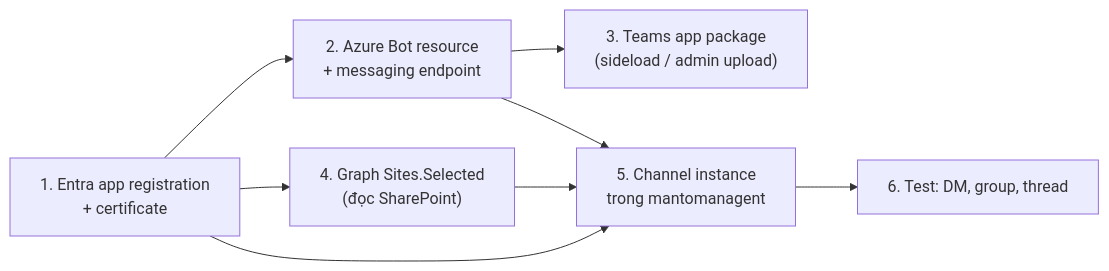
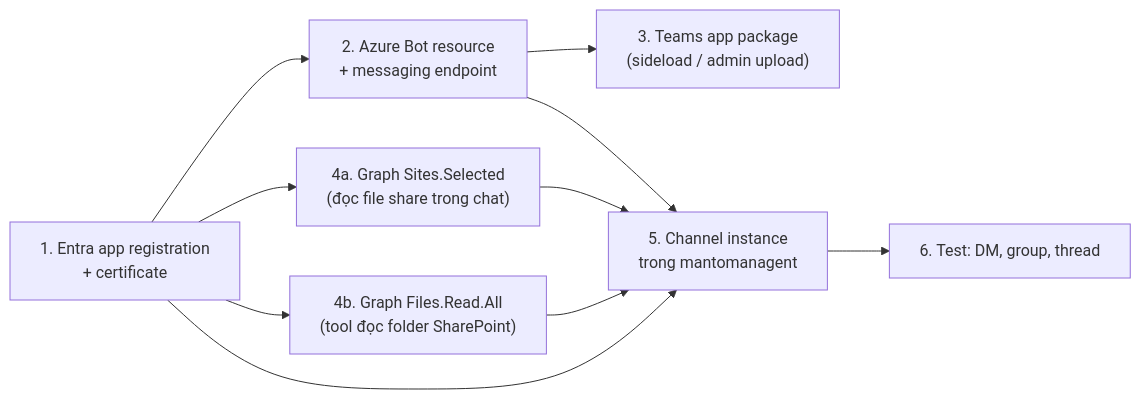
Before and after one commit to daoanhthanh/mantomanclaw: the diagram in docs/msteams-setup-guide.md, drawn with Mermaid. The commit also changed other lines of this file and 32 other files, not shown here.

````diff
--- a/docs/msteams-setup-guide.md
+++ b/docs/msteams-setup-guide.md
@@ -5,10 +5,12 @@
 ```mermaid
 flowchart LR
     A["1. Entra app registration<br/>+ certificate"] --> B["2. Azure Bot resource<br/>+ messaging endpoint"]
     B --> C["3. Teams app package<br/>(sideload / admin upload)"]
-    A --> D["4. Graph Sites.Selected<br/>(đọc SharePoint)"]
+    A --> D["4a. Graph Sites.Selected<br/>(đọc file share trong chat)"]
+    A --> D2["4b. Graph Files.Read.All<br/>(tool đọc folder SharePoint)"]
     A --> E["5. Channel instance<br/>trong mantomanagent"]
     B --> E
     D --> E
+    D2 --> E
     E --> F["6. Test: DM, group, thread"]
 ```
````
